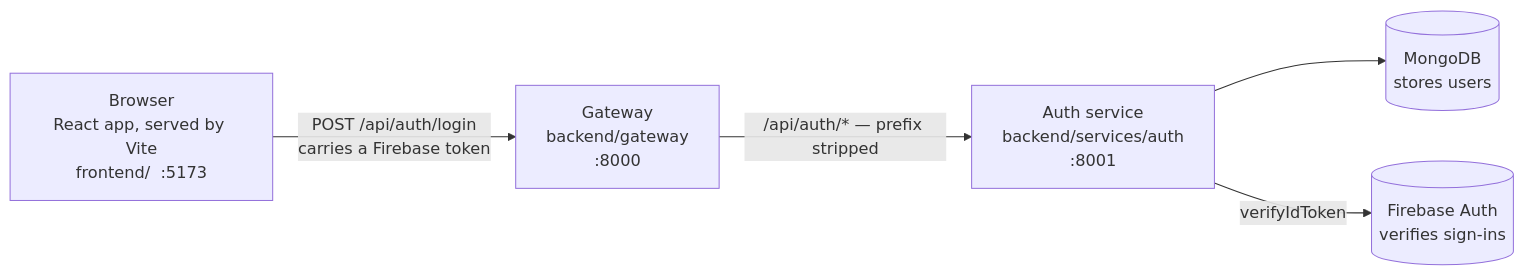
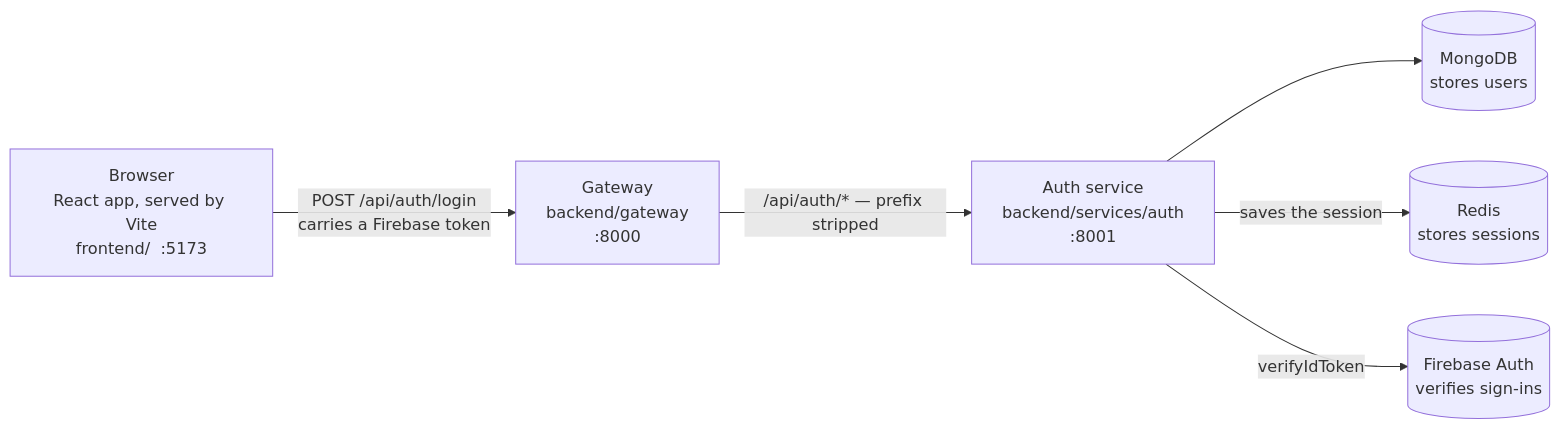
Before and after one commit to yamanhassan1/NexPulse: the first of 2 diagrams in docs/concepts/architecture.md, drawn with Mermaid. The commit also changed other lines of this file and 14 other files, not shown here.

First line of the commit message:
feat: implement session management with Redis for login/logout functionality

````diff
--- a/docs/concepts/architecture.md
+++ b/docs/concepts/architecture.md
@@ -10,13 +10,15 @@
 ```mermaid
 flowchart LR
     UI["Browser<br>React app, served by Vite<br>frontend/  :5173"]
     GW["Gateway<br>backend/gateway<br>:8000"]
     AU["Auth service<br>backend/services/auth<br>:8001"]
     DB[("MongoDB<br>stores users")]
+    RD[("Redis<br>stores sessions")]
     FB[("Firebase Auth<br>verifies sign-ins")]
 
     UI -->|"POST /api/auth/login<br>carries a Firebase token"| GW
     GW -->|"/api/auth/* — prefix stripped"| AU
     AU --> DB
+    AU -->|"saves the session"| RD
     AU -->|"verifyIdToken"| FB
 ```
````
